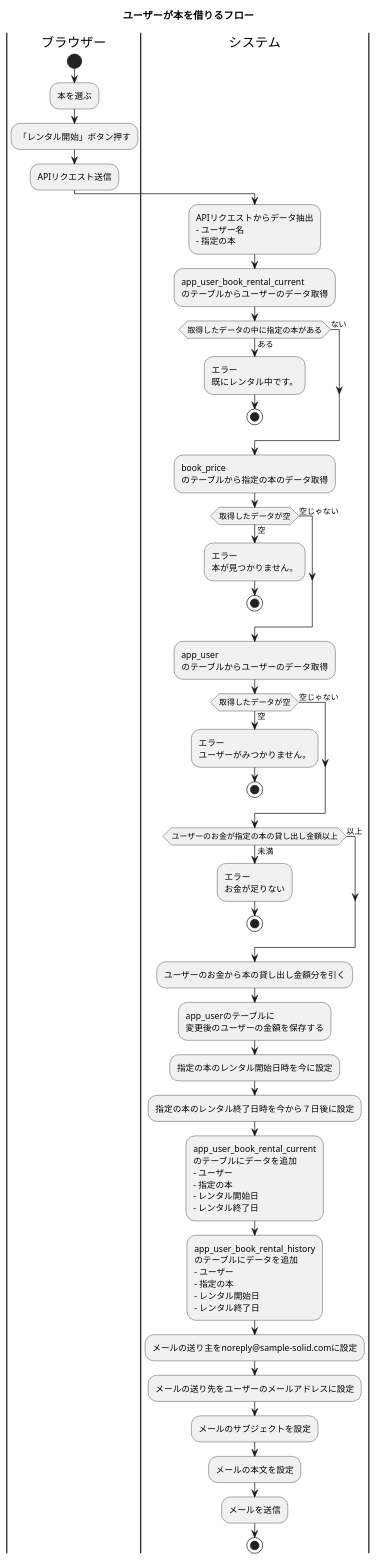
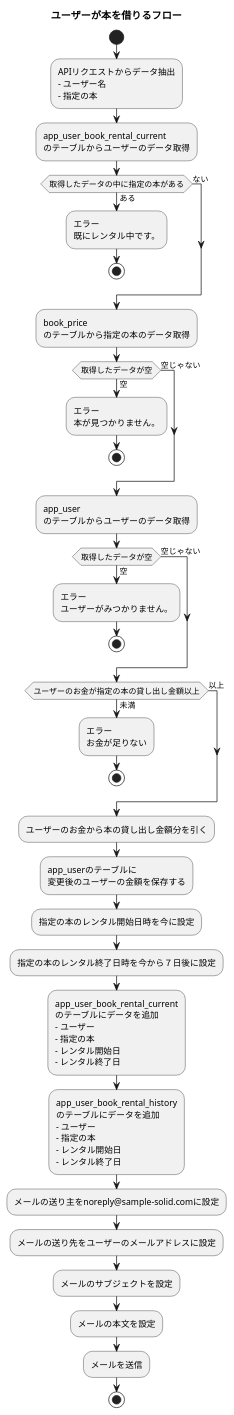
One commit to genenakagaki/sample-solid changed the diagram in docs/rental-flow-concrete.puml. Above: the diagram before and after it, drawn with PlantUML. The commit also changed 4 other files, not shown here.

```diff
--- a/docs/rental-flow-concrete.puml
+++ b/docs/rental-flow-concrete.puml
@@ -1,74 +1,65 @@
 @startuml
 title ユーザーが本を借りるフロー
 
-|ブラウザー|
-|システム|
-
-|ブラウザー|
 start
-:本を選ぶ;
-:「レンタル開始」ボタン押す;
-:APIリクエスト送信;
-|システム|
-
 :APIリクエストからデータ抽出
 - ユーザー名
 - 指定の本;
 :app_user_book_rental_current
 のテーブルからユーザーのデータ取得;
 if (取得したデータの中に指定の本がある) then (ある)
     :エラー
     既にレンタル中です。;
     stop
 else (ない)
 endif
 
 :book_price
 のテーブルから指定の本のデータ取得;
 if (取得したデータが空) then (空)
     :エラー
     本が見つかりません。;
     stop
 else (空じゃない)
 endif
 
 :app_user
 のテーブルからユーザーのデータ取得;
 if (取得したデータが空) then (空)
     :エラー
     ユーザーがみつかりません。;
     stop
 else (空じゃない)
 endif
 
 if (ユーザーのお金が指定の本の貸し出し金額以上) then (未満)
     :エラー
     お金が足りない;
     stop
 else (以上)
 endif
 
 :ユーザーのお金から本の貸し出し金額分を引く;
 :app_userのテーブルに
 変更後のユーザーの金額を保存する;
 :指定の本のレンタル開始日時を今に設定;
 :指定の本のレンタル終了日時を今から７日後に設定;
 :app_user_book_rental_current
 のテーブルにデータを追加
 - ユーザー
 - 指定の本
 - レンタル開始日
 - レンタル終了日;
 :app_user_book_rental_history
 のテーブルにデータを追加
 - ユーザー
 - 指定の本
 - レンタル開始日
 - レンタル終了日;
 :メールの送り主をnoreply@sample-solid.comに設定;
 :メールの送り先をユーザーのメールアドレスに設定;
 :メールのサブジェクトを設定;
 :メールの本文を設定;
 :メールを送信;
 stop
 @enduml
```
